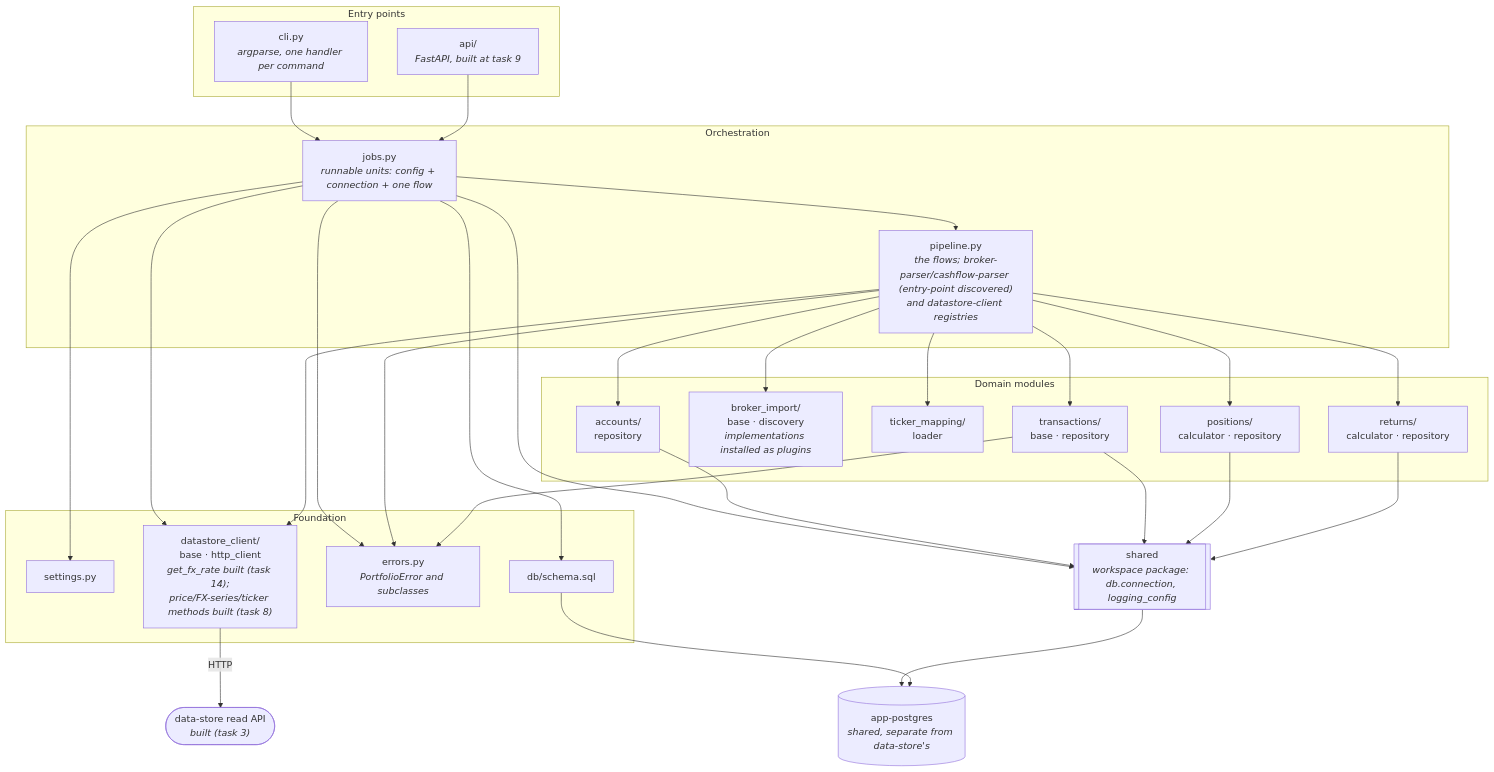
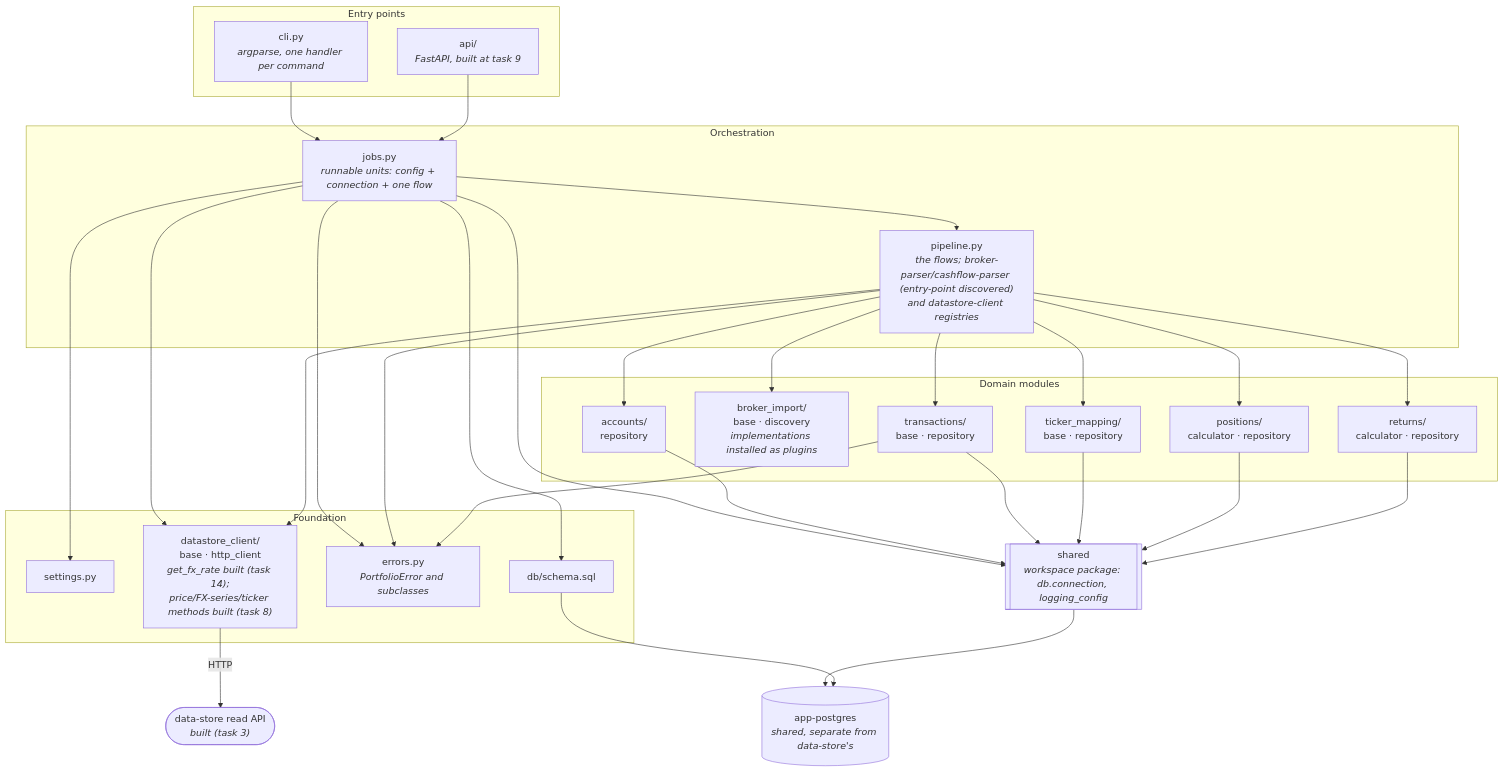
The first of 2 diagrams in services/portfolio/docs/architecture.md (jpedropereira/Stakehold), drawn with Mermaid before and after one commit. The commit also changed other lines of this file and 45 other files, not shown here.

````diff
--- a/services/portfolio/docs/architecture.md
+++ b/services/portfolio/docs/architecture.md
@@ -54,57 +54,58 @@
 ```mermaid
 flowchart TD
     subgraph entry["Entry points"]
         CLI["cli.py<br/><i>argparse, one handler per command</i>"]
         API["api/<br/><i>FastAPI, built at task 9</i>"]
     end
 
     subgraph orch["Orchestration"]
         JOBS["jobs.py<br/><i>runnable units: config + connection + one flow</i>"]
         PIPE["pipeline.py<br/><i>the flows; broker-parser/cashflow-parser (entry-point discovered)<br/>and datastore-client registries</i>"]
     end
 
     subgraph domain["Domain modules"]
         ACC["accounts/<br/>repository"]
         IMP["broker_import/<br/>base · discovery<br/><i>implementations installed as plugins</i>"]
-        MAP["ticker_mapping/<br/>loader"]
+        MAP["ticker_mapping/<br/>base · repository"]
         TXN["transactions/<br/>base · repository"]
         POS["positions/<br/>calculator · repository"]
         RET["returns/<br/>calculator · repository"]
     end
 
     subgraph found["Foundation"]
         SET["settings.py"]
         DB["db/schema.sql"]
         ERR["errors.py<br/><i>PortfolioError and subclasses</i>"]
         DSC["datastore_client/<br/>base · http_client<br/><i>get_fx_rate built (task 14);<br/>price/FX-series/ticker methods built (task 8)</i>"]
     end
 
     SH[["shared<br/><i>workspace package: db.connection, logging_config</i>"]]
     PG[("app-postgres<br/><i>shared, separate from data-store's</i>")]
     DSAPI(["data-store read API<br/><i>built (task 3)</i>"])
 
     CLI --> JOBS
     API --> JOBS
     JOBS --> PIPE
     JOBS --> SET
     JOBS --> DB
     JOBS --> ERR
     JOBS --> DSC
     PIPE --> ACC
     PIPE --> IMP
     PIPE --> MAP
     PIPE --> TXN
     PIPE --> POS
     PIPE --> RET
     PIPE --> DSC
     PIPE --> ERR
     TXN --> ERR
     JOBS --> SH
     ACC --> SH
     TXN --> SH
+    MAP --> SH
     POS --> SH
     RET --> SH
     SH --> PG
     DB --> PG
     DSC -->|HTTP| DSAPI
 ```
````
